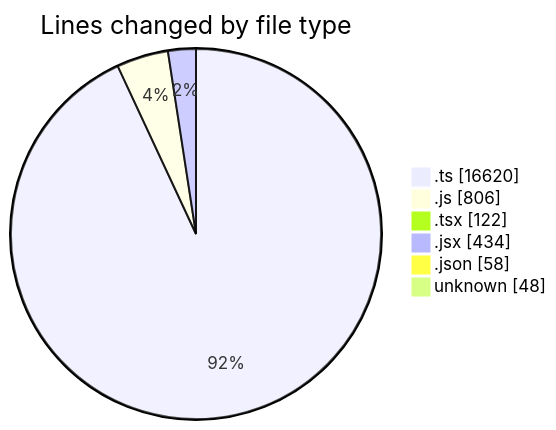
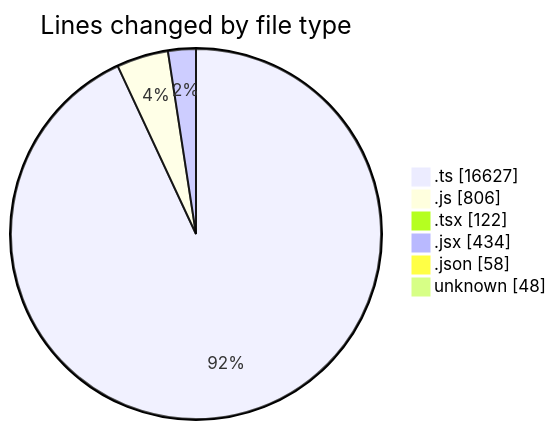
The first of 2 diagrams in 2025-11-12/cda/README.md (momahboobian/code-tracking), drawn with Mermaid before and after one commit. The commit also changed other lines of this file and 1 other file, not shown here.

````diff
--- a/2025-11-12/cda/README.md
+++ b/2025-11-12/cda/README.md
@@ -35,10 +35,10 @@
 ```mermaid
 pie showData
 title Lines changed by file type
-".ts" : 16620
+".ts" : 16627
 ".js" : 806
 ".tsx" : 122
 ".jsx" : 434
 ".json" : 58
 "unknown" : 48
 ```
````
